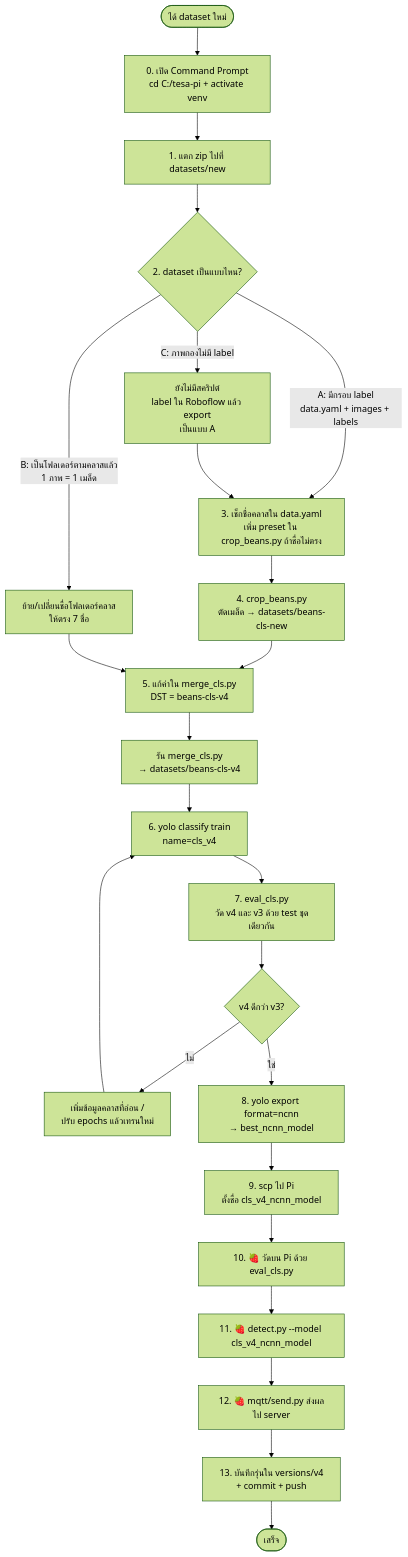
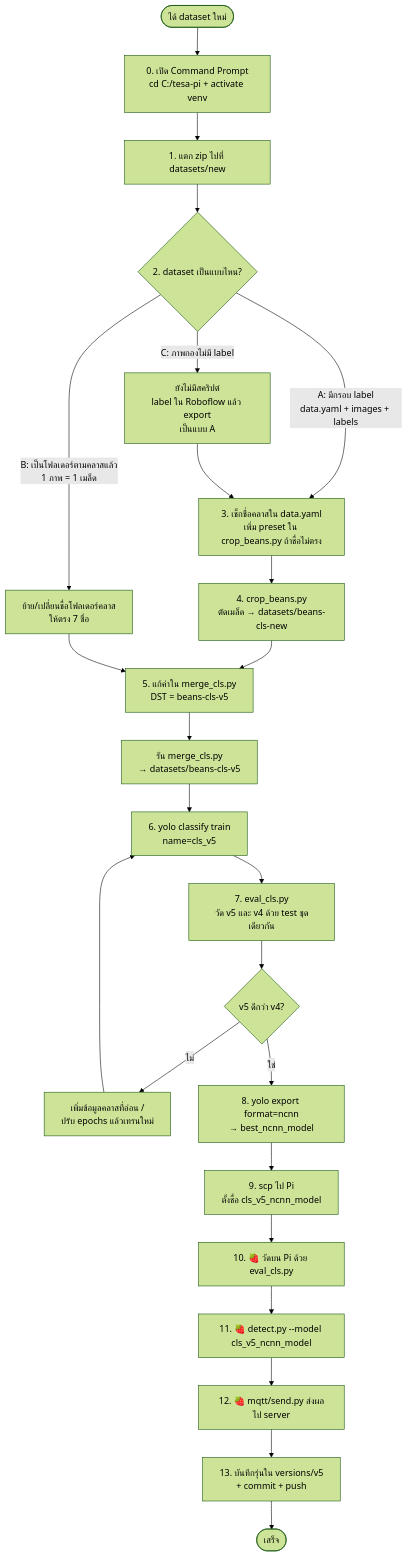
The diagram in docs/TRAINING_FLOW.md (MrTanapatNgamwong/tesa-bean-grader), drawn with Mermaid (forest theme) before and after one commit. The commit also changed other lines of this file and 20 other files, not shown here.

````diff
--- a/docs/TRAINING_FLOW.md
+++ b/docs/TRAINING_FLOW.md
@@ -13,28 +13,28 @@
 ```mermaid
 flowchart TD
     A([ได้ dataset ใหม่]) --> B[0. เปิด Command Prompt<br/>cd C:/tesa-pi + activate venv]
     B --> C[1. แตก zip ไปที่ datasets/new]
     C --> D{2. dataset เป็นแบบไหน?}
 
     D -->|A: มีกรอบ label<br/>data.yaml + images + labels| E[3. เช็กชื่อคลาสใน data.yaml<br/>เพิ่ม preset ใน crop_beans.py ถ้าชื่อไม่ตรง]
     E --> F[4. crop_beans.py<br/>ตัดเมล็ด → datasets/beans-cls-new]
     D -->|B: เป็นโฟลเดอร์ตามคลาสแล้ว<br/>1 ภาพ = 1 เมล็ด| G[ย้าย/เปลี่ยนชื่อโฟลเดอร์คลาส<br/>ให้ตรง 7 ชื่อ]
     D -->|C: ภาพกองไม่มี label| X[ยังไม่มีสคริปต์<br/>label ใน Roboflow แล้ว export<br/>เป็นแบบ A]
     X --> E
 
-    F --> H[5. แก้ค่าใน merge_cls.py<br/>DST = beans-cls-v4]
+    F --> H[5. แก้ค่าใน merge_cls.py<br/>DST = beans-cls-v5]
     G --> H
-    H --> I[รัน merge_cls.py<br/>→ datasets/beans-cls-v4]
-    I --> J[6. yolo classify train<br/>name=cls_v4]
-    J --> K[7. eval_cls.py<br/>วัด v4 และ v3 ด้วย test ชุดเดียวกัน]
-    K --> L{v4 ดีกว่า v3?}
+    H --> I[รัน merge_cls.py<br/>→ datasets/beans-cls-v5]
+    I --> J[6. yolo classify train<br/>name=cls_v5]
+    J --> K[7. eval_cls.py<br/>วัด v5 และ v4 ด้วย test ชุดเดียวกัน]
+    K --> L{v5 ดีกว่า v4?}
     L -->|ไม่| M[เพิ่มข้อมูลคลาสที่อ่อน /<br/>ปรับ epochs แล้วเทรนใหม่]
     M --> J
     L -->|ใช่| N[8. yolo export format=ncnn<br/>→ best_ncnn_model]
-    N --> O[9. scp ไป Pi<br/>ตั้งชื่อ cls_v4_ncnn_model]
+    N --> O[9. scp ไป Pi<br/>ตั้งชื่อ cls_v5_ncnn_model]
     O --> P[10. 🍓 วัดบน Pi ด้วย eval_cls.py]
-    P --> Q[11. 🍓 detect.py --model cls_v4_ncnn_model]
+    P --> Q[11. 🍓 detect.py --model cls_v5_ncnn_model]
     Q --> R[12. 🍓 mqtt/send.py ส่งผลไป server]
-    R --> S[13. บันทึกรุ่นใน versions/v4<br/>+ commit + push]
+    R --> S[13. บันทึกรุ่นใน versions/v5<br/>+ commit + push]
     S --> T([เสร็จ])
 ```
````
